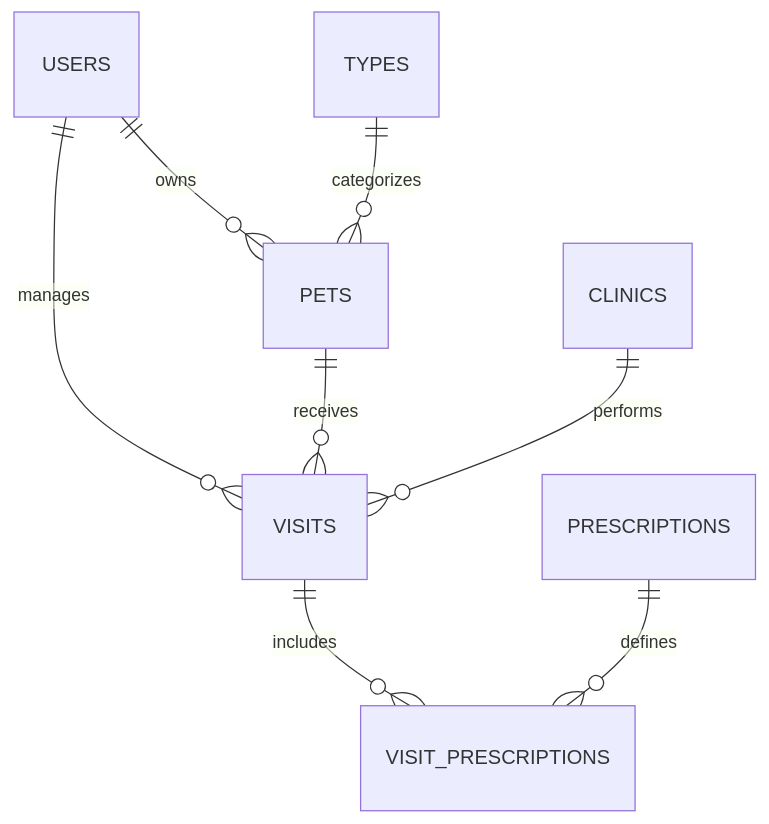
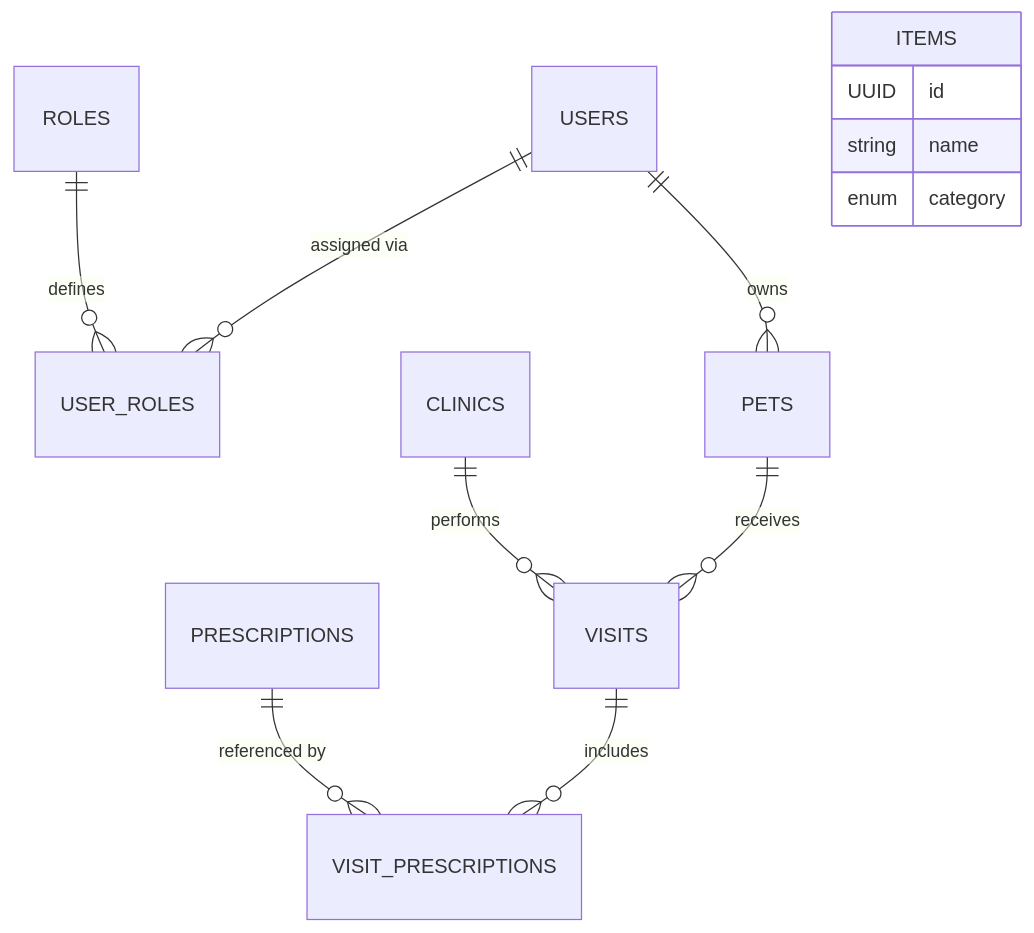
One commit to takuto-san/pet-management-api changed the diagram in readme.md. Above: the diagram before and after it, drawn with Mermaid. The commit also changed other lines of this file, not shown here.

````diff
--- a/readme.md
+++ b/readme.md
@@ -9,10 +9,19 @@
 ```mermaid
 erDiagram
-    USERS ||--o{ PETS : owns
-    USERS ||--o{ VISITS : manages
-    TYPES ||--o{ PETS : categorizes
-    PETS ||--o{ VISITS : receives
-    CLINICS ||--o{ VISITS : performs
-    VISITS ||--o{ VISIT_PRESCRIPTIONS : includes
-    PRESCRIPTIONS ||--o{ VISIT_PRESCRIPTIONS : defines
+    USERS ||--o{ USER_ROLES : "assigned via"
+    ROLES ||--o{ USER_ROLES : "defines"
+
+    USERS ||--o{ PETS : "owns"
+
+    PETS ||--o{ VISITS : "receives"
+    CLINICS ||--o{ VISITS : "performs"
+
+    VISITS ||--o{ VISIT_PRESCRIPTIONS : "includes"
+    PRESCRIPTIONS ||--o{ VISIT_PRESCRIPTIONS : "referenced by"
+
+    ITEMS {
+        UUID id
+        string name
+        enum category
+    }
 ```
````
